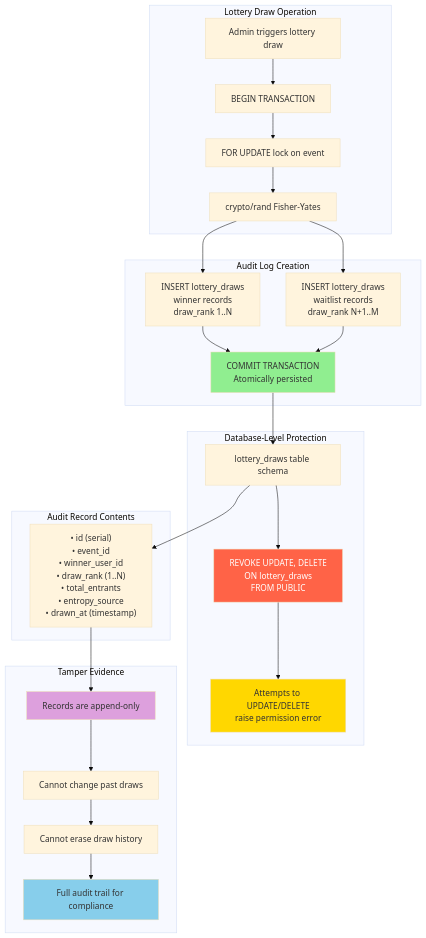
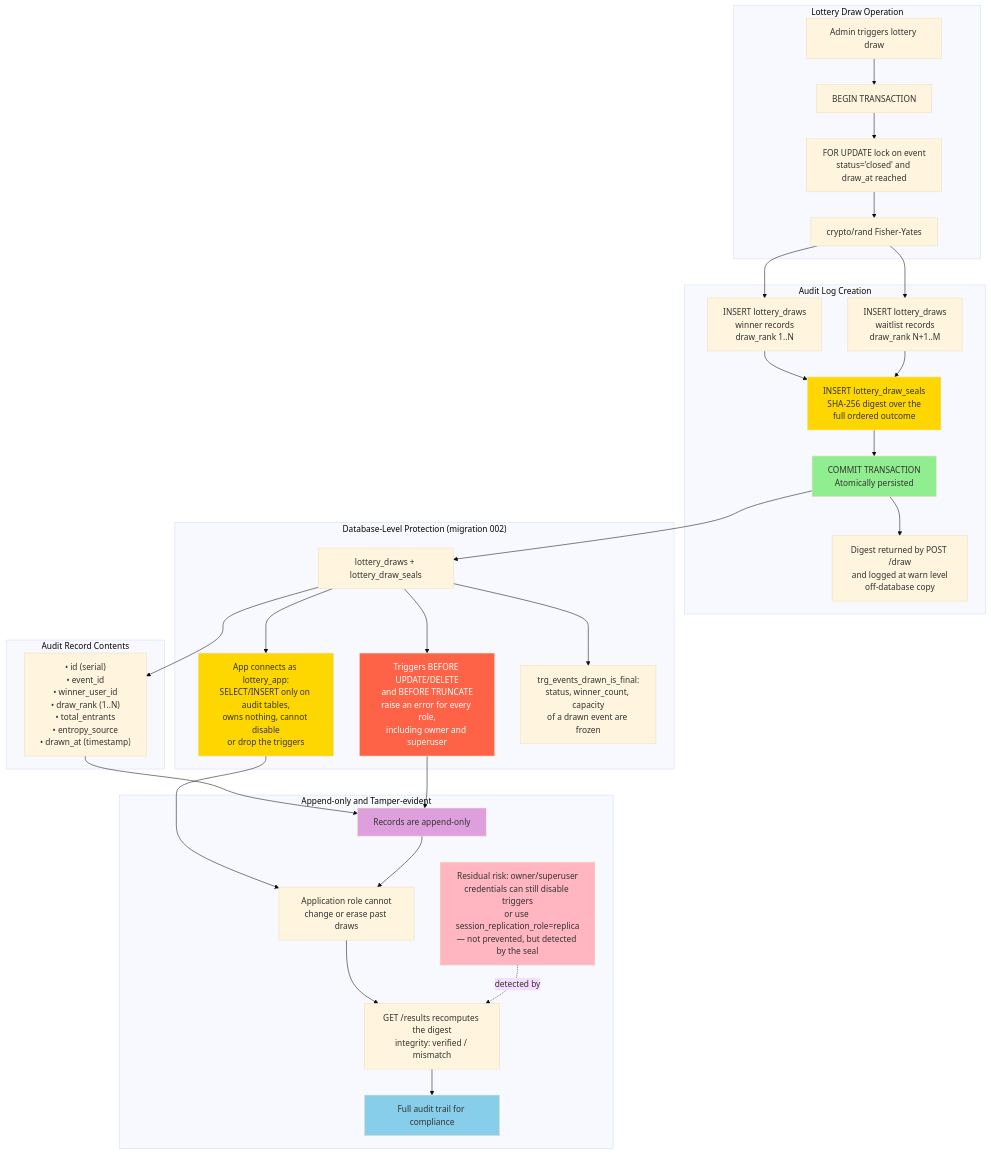
One commit to Natthyx/Lottery-Management-System-Backend changed the diagram in docs/diagrams/audit-trail.mmd. Above: the diagram before and after it, drawn with Mermaid (base theme). The commit also changed 12 other files, not shown here.

```diff
--- a/docs/diagrams/audit-trail.mmd
+++ b/docs/diagrams/audit-trail.mmd
@@ -1,54 +1,66 @@
 graph TB
     subgraph "Lottery Draw Operation"
         DRAW_START[Admin triggers lottery draw]
         DRAW_TX[BEGIN TRANSACTION]
-        DRAW_LOCK[FOR UPDATE lock on event]
+        DRAW_LOCK[FOR UPDATE lock on event<br/>status='closed' and draw_at reached]
         DRAW_ALGO[crypto/rand Fisher-Yates]
     end
 
     subgraph "Audit Log Creation"
         INSERT_W[INSERT lottery_draws<br/>winner records<br/>draw_rank 1..N]
         INSERT_WL[INSERT lottery_draws<br/>waitlist records<br/>draw_rank N+1..M]
+        SEAL[INSERT lottery_draw_seals<br/>SHA-256 digest over the<br/>full ordered outcome]
         COMMIT[COMMIT TRANSACTION<br/>Atomically persisted]
+        PUBLISH[Digest returned by POST /draw<br/>and logged at warn level<br/>off-database copy]
     end
 
-    subgraph "Database-Level Protection"
-        SCHEMA[lottery_draws table schema]
-        REVOKE[REVOKE UPDATE, DELETE<br/>ON lottery_draws<br/>FROM PUBLIC]
-        IMMUTABLE[Attempts to UPDATE/DELETE<br/>raise permission error]
+    subgraph "Database-Level Protection (migration 002)"
+        SCHEMA[lottery_draws + lottery_draw_seals]
+        TRIGGERS[Triggers BEFORE UPDATE/DELETE<br/>and BEFORE TRUNCATE<br/>raise an error for every role,<br/>including owner and superuser]
+        APP_ROLE[App connects as lottery_app:<br/>SELECT/INSERT only on audit tables,<br/>owns nothing, cannot disable<br/>or drop the triggers]
+        FINAL[trg_events_drawn_is_final:<br/>status, winner_count, capacity<br/>of a drawn event are frozen]
     end
 
     subgraph "Audit Record Contents"
         FIELDS["• id (serial)<br/>• event_id<br/>• winner_user_id<br/>• draw_rank (1..N)<br/>• total_entrants<br/>• entropy_source<br/>• drawn_at (timestamp)"]
     end
 
-    subgraph "Tamper Evidence"
+    subgraph "Append-only and Tamper-evident"
         READ_ONLY[Records are append-only]
-        NO_MODIFY[Cannot change past draws]
-        NO_DELETE[Cannot erase draw history]
+        NO_MODIFY[Application role cannot<br/>change or erase past draws]
+        VERIFY[GET /results recomputes the digest<br/>integrity: verified / mismatch]
+        RESIDUAL[Residual risk: owner/superuser<br/>credentials can still disable triggers<br/>or use session_replication_role=replica<br/>— not prevented, but detected by the seal]
         FORENSIC[Full audit trail for compliance]
     end
 
     DRAW_START --> DRAW_TX
     DRAW_TX --> DRAW_LOCK
     DRAW_LOCK --> DRAW_ALGO
     DRAW_ALGO --> INSERT_W
     DRAW_ALGO --> INSERT_WL
-    INSERT_W --> COMMIT
-    INSERT_WL --> COMMIT
+    INSERT_W --> SEAL
+    INSERT_WL --> SEAL
+    SEAL --> COMMIT
+    COMMIT --> PUBLISH
 
     COMMIT --> SCHEMA
-    SCHEMA --> REVOKE
-    REVOKE --> IMMUTABLE
+    SCHEMA --> TRIGGERS
+    SCHEMA --> APP_ROLE
+    SCHEMA --> FINAL
 
     SCHEMA --> FIELDS
     FIELDS --> READ_ONLY
+    TRIGGERS --> READ_ONLY
+    APP_ROLE --> NO_MODIFY
     READ_ONLY --> NO_MODIFY
-    NO_MODIFY --> NO_DELETE
-    NO_DELETE --> FORENSIC
+    NO_MODIFY --> VERIFY
+    RESIDUAL -.->|detected by| VERIFY
+    VERIFY --> FORENSIC
 
-    style REVOKE fill:#FF6347,color:#fff
-    style IMMUTABLE fill:#FFD700
+    style TRIGGERS fill:#FF6347,color:#fff
+    style APP_ROLE fill:#FFD700
+    style SEAL fill:#FFD700
     style COMMIT fill:#90EE90
     style FORENSIC fill:#87CEEB
     style READ_ONLY fill:#DDA0DD
+    style RESIDUAL fill:#FFB6C1
```
